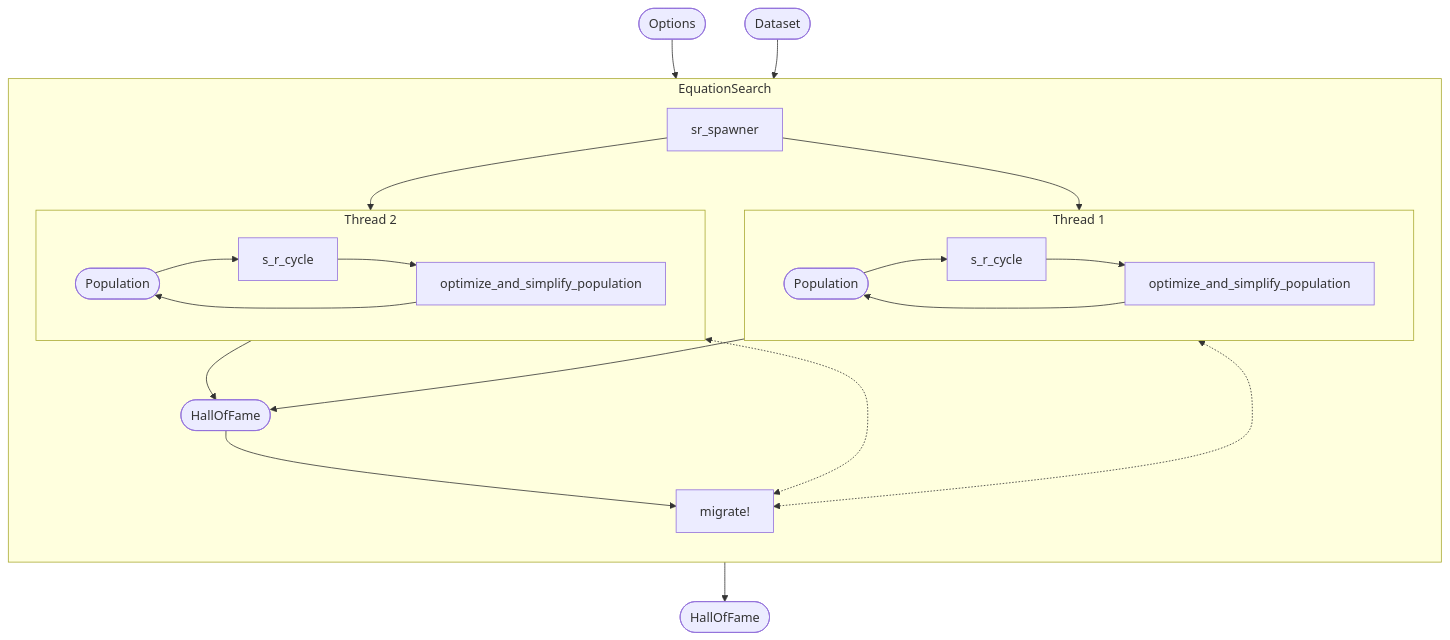
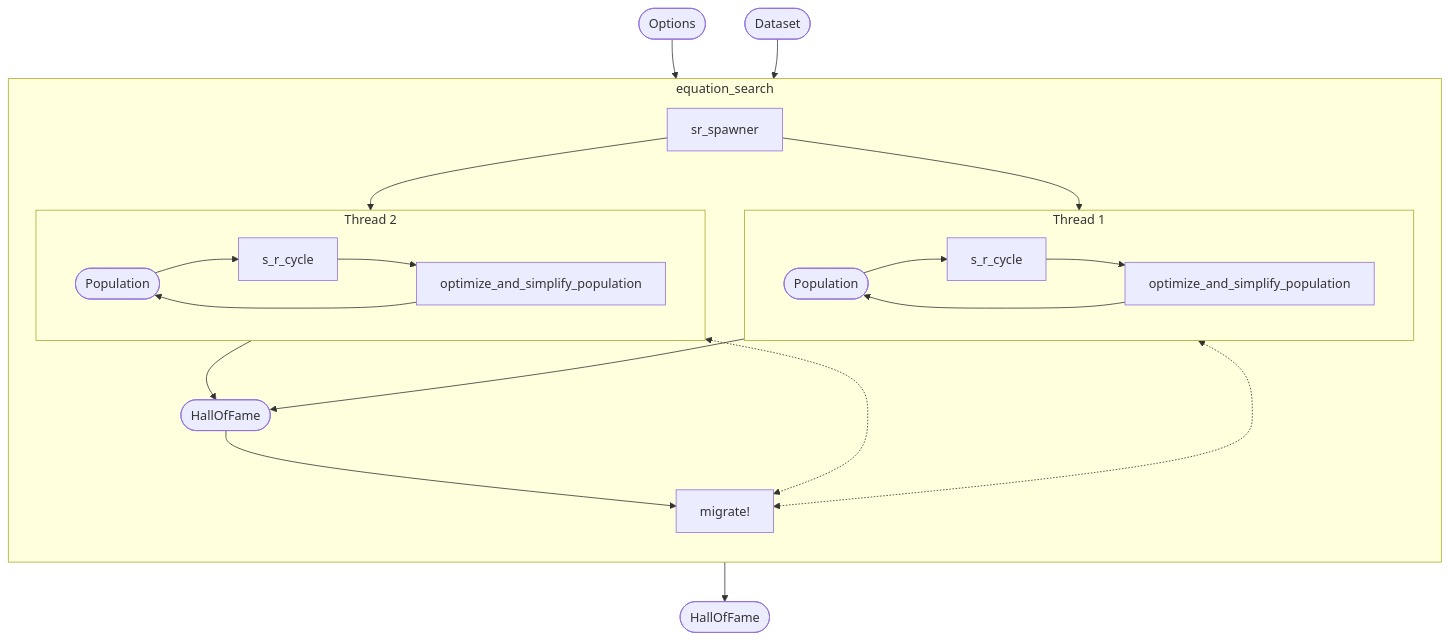
The first of 2 diagrams in README.md (MilesCranmer/SymbolicRegression.jl), drawn with Mermaid before and after one commit. The commit also changed other lines of this file and 21 other files, not shown here.

Commit message:
Change name to `equation_search`

````diff
--- a/README.md
+++ b/README.md
@@ -141,35 +141,35 @@
 ```mermaid
 flowchart TB
     op([Options])
     d([Dataset])
     op --> ES
     d --> ES
-    subgraph ES[EquationSearch]
+    subgraph ES[equation_search]
         direction TB
         IP[sr_spawner]
         IP --> p1
         IP --> p2
         subgraph p1[Thread 1]
             direction LR
             pop1([Population])
             pop1 --> src[s_r_cycle]
             src --> opt[optimize_and_simplify_population]
             opt --> pop1
         end
         subgraph p2[Thread 2]
             direction LR
             pop2([Population])
             pop2 --> src2[s_r_cycle]
             src2 --> opt2[optimize_and_simplify_population]
             opt2 --> pop2
         end
         pop1 --> hof
         pop2 --> hof
         hof([HallOfFame])
         hof --> migration
         pop1 <-.-> migration
         pop2 <-.-> migration
         migration[migrate!]
     end
     ES --> output([HallOfFame])
 ```
````
